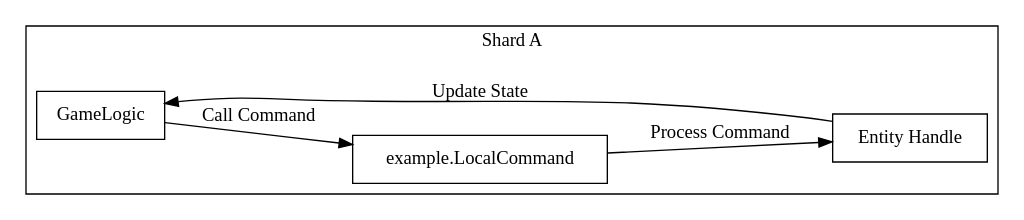
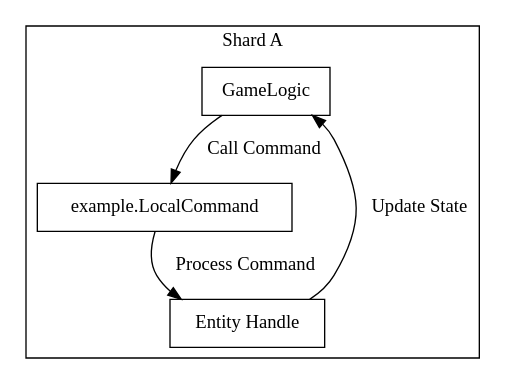
The third of 3 diagrams in docs/Commands.md (CamilaBasualdoCibils/KDNet), drawn with Graphviz before and after one commit. The commit also changed other lines of this file and 16 other files, not shown here.

````diff
--- a/docs/Commands.md
+++ b/docs/Commands.md
@@ -84,16 +93,16 @@
 ```dot
 digraph ShardToSelfCommand {
-    rankdir=LR;
+    rankdir=TB;
     node [shape=rectangle];
     subgraph cluster_Shard {
         label="Shard A";
             GameLogic [label="GameLogic"];
             EntityHandle [label="Entity Handle"];
             Command [label="example.LocalCommand"];
     }
 
 GameLogic -> Command [label="Call Command"];
 Command -> EntityHandle [label="Process Command"];
 EntityHandle -> GameLogic [label="Update State"];
 }
 ```
````
